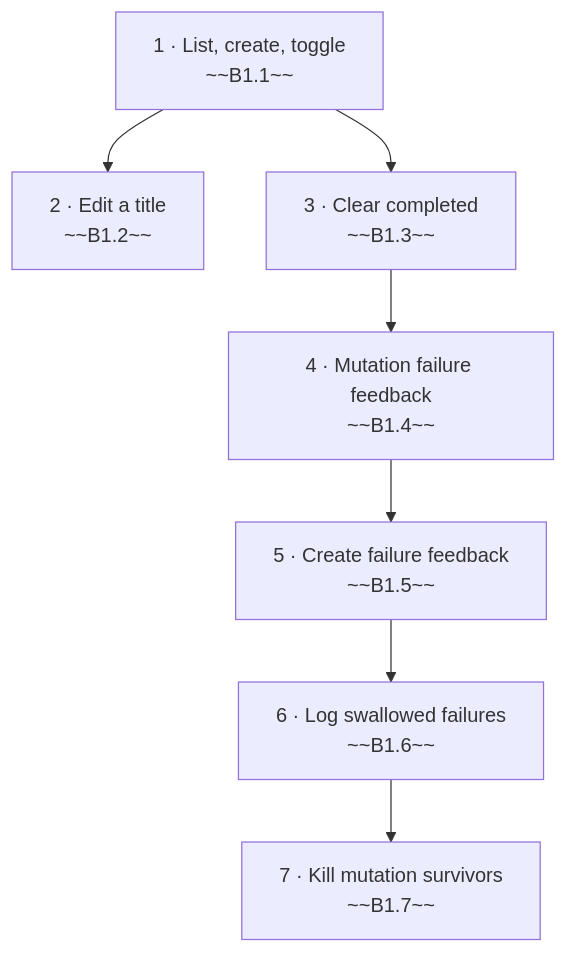
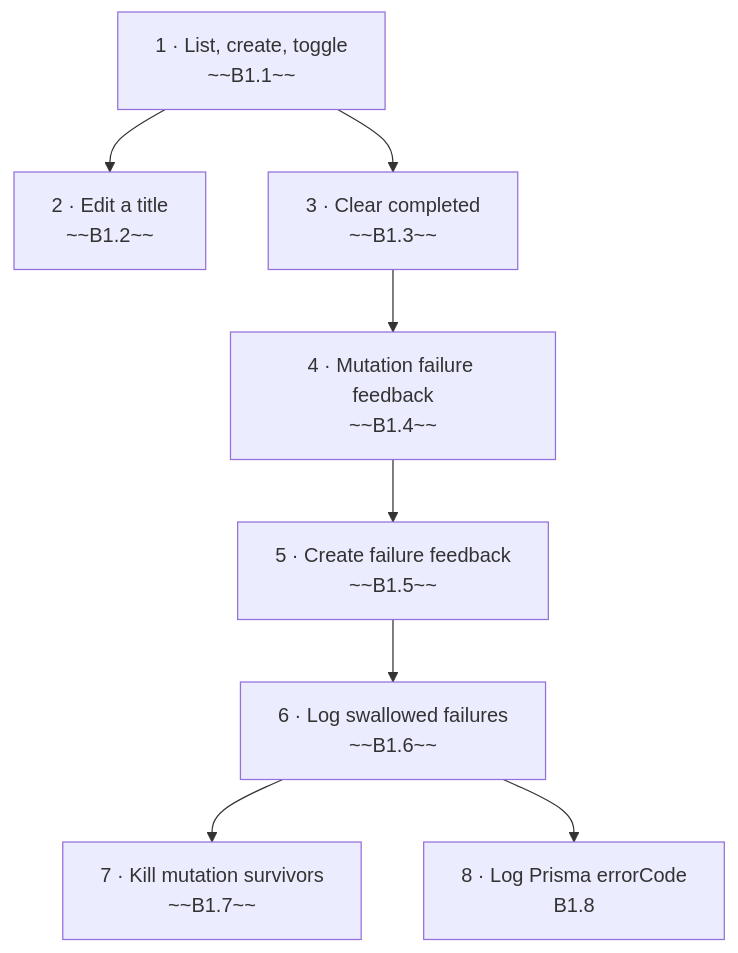
The diagram in backlog/README.md (st-minhho2/level-up-lab), drawn with Mermaid before and after one commit. The commit also changed other lines of this file and 10 other files, not shown here.

First line of the commit message:
feat(todos): B1.8 log Prisma's errorCode as the code (#29)

````diff
--- a/backlog/README.md
+++ b/backlog/README.md
@@ -15,16 +15,18 @@
 ```mermaid
 flowchart TD
   S1["1 · List, create, toggle<br/>~~B1.1~~"]
   S2["2 · Edit a title<br/>~~B1.2~~"]
   S3["3 · Clear completed<br/>~~B1.3~~"]
   S1 --> S2
   S4["4 · Mutation failure feedback<br/>~~B1.4~~"]
   S1 --> S3
   S3 --> S4
   S5["5 · Create failure feedback<br/>~~B1.5~~"]
   S4 --> S5
   S6["6 · Log swallowed failures<br/>~~B1.6~~"]
   S5 --> S6
   S7["7 · Kill mutation survivors<br/>~~B1.7~~"]
   S6 --> S7
+  S8["8 · Log Prisma errorCode<br/>B1.8"]
+  S6 --> S8
 ```
````
